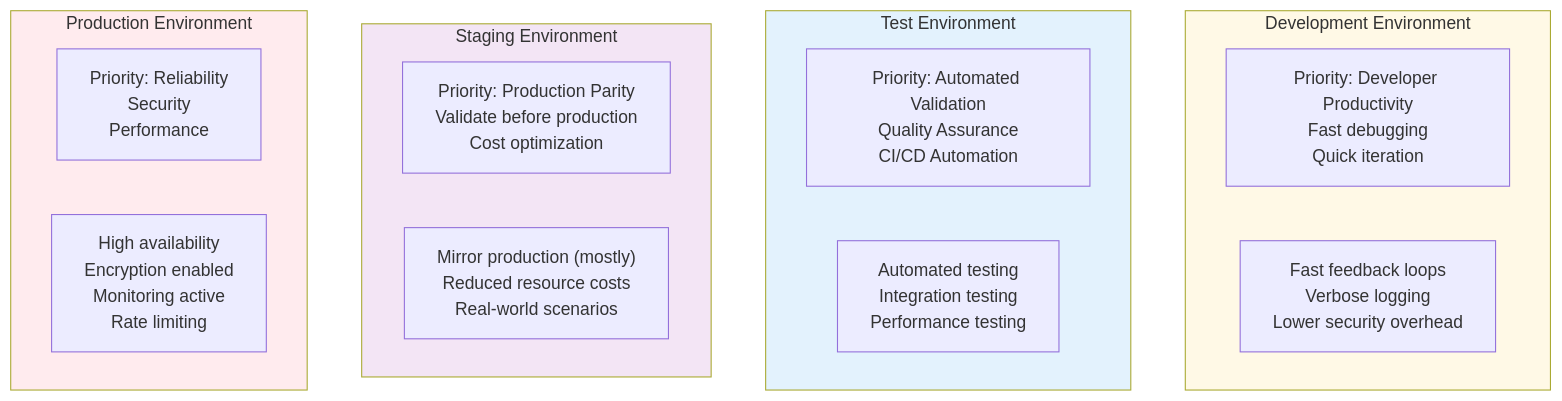
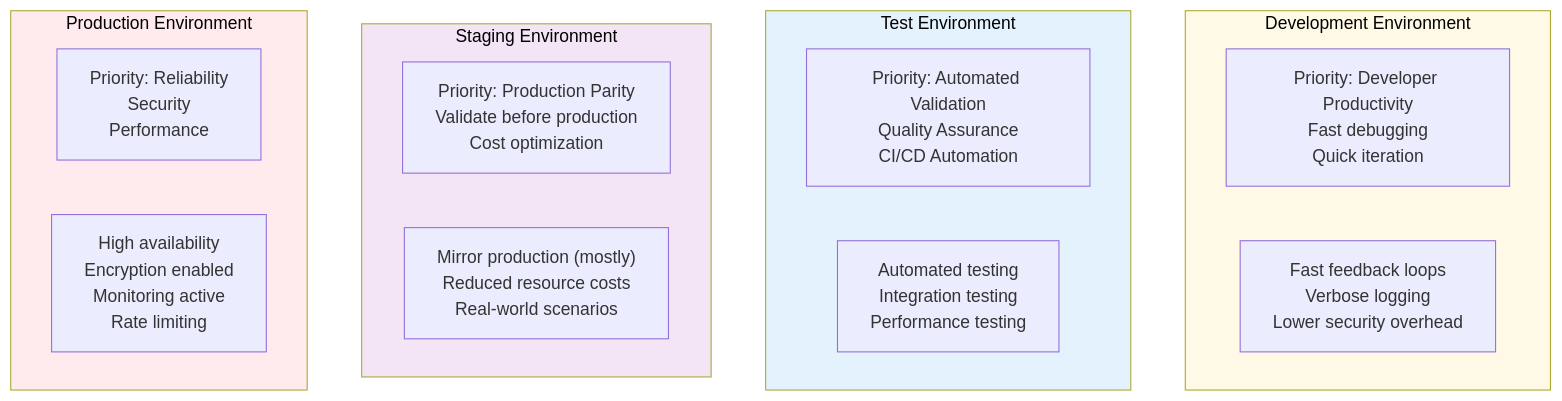
Before and after one commit to ahmed-226/Backend-from-first-principles: the seventh of 11 diagrams in 12.Production-Grade Configuration Management/README.md, drawn with Mermaid. The commit also changed other lines of this file, not shown here.

````diff
--- a/12.Production-Grade Configuration Management/README.md
+++ b/12.Production-Grade Configuration Management/README.md
@@ -373,27 +373,27 @@
 ```mermaid
 graph TB
     subgraph Dev ["Development Environment"]
         Dev_Priority["Priority: Developer Productivity<br/>Fast debugging<br/>Quick iteration"]
         Dev_Config["Fast feedback loops<br/>Verbose logging<br/>Lower security overhead"]
     end
 
     subgraph Test ["Test Environment"]
         Test_Priority["Priority: Automated Validation<br/>Quality Assurance<br/>CI/CD Automation"]
         Test_Config["Automated testing<br/>Integration testing<br/>Performance testing"]
     end
 
     subgraph Staging ["Staging Environment"]
         Staging_Priority["Priority: Production Parity<br/>Validate before production<br/>Cost optimization"]
         Staging_Config["Mirror production (mostly)<br/>Reduced resource costs<br/>Real-world scenarios"]
     end
 
     subgraph Prod ["Production Environment"]
         Prod_Priority["Priority: Reliability<br/>Security<br/>Performance"]
         Prod_Config["High availability<br/>Encryption enabled<br/>Monitoring active<br/>Rate limiting"]
     end
 
-    style Dev fill:#fff9e6
-    style Test fill:#e3f2fd
-    style Staging fill:#f3e5f5
-    style Prod fill:#ffebee
+    style Dev fill:#fff9e6,color:#000
+    style Test fill:#e3f2fd,color:#000
+    style Staging fill:#f3e5f5,color:#000
+    style Prod fill:#ffebee,color:#000
 ```
````
